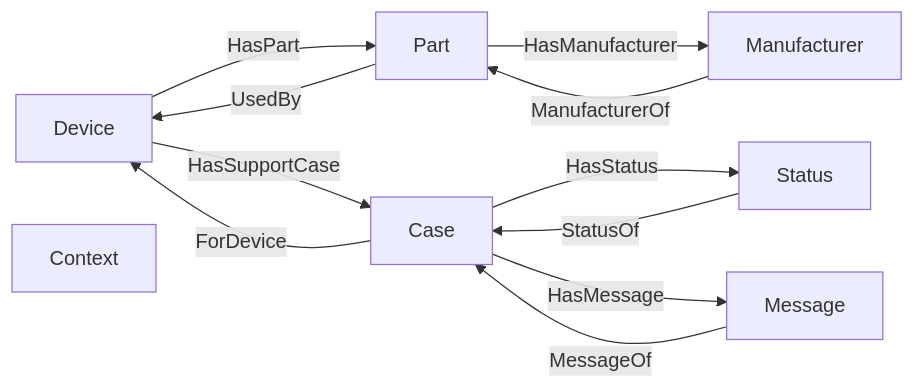
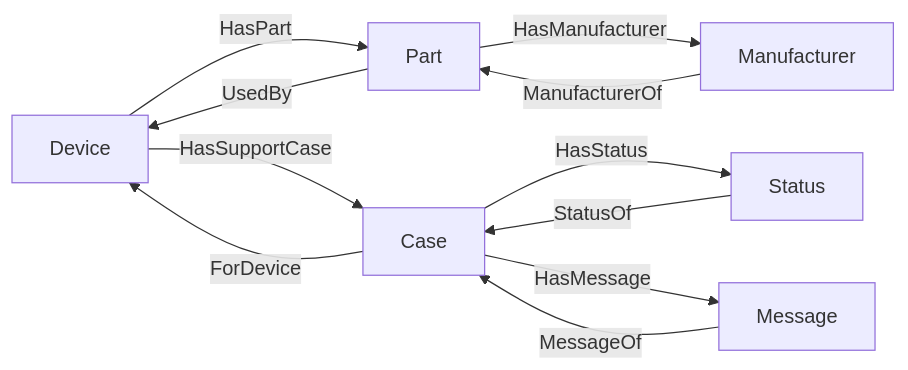
The diagram in README.md (curiosity-ai/technical-support), drawn with Mermaid before and after one commit. The commit also changed 13 other files, not shown here.

First line of the commit message:
Finish SupportChat removal: fix broken case-chat ref and drop orphaned backend

````diff
--- a/README.md
+++ b/README.md
@@ -85,28 +85,27 @@
 ```mermaid
 graph LR
 
     %% Nodes
     Device["Device"]
     Part["Part"]
     SupportCase["Case"]
     SupportCaseMessage["Message"]
-    SupportChatContext["Context"]
     Status["Status"]
     Manufacturer["Manufacturer"]
 
     Device -->|HasPart| Part
     Device -->|HasSupportCase| SupportCase
 
     Part -->|UsedBy| Device
     Part -->|HasManufacturer| Manufacturer
 
     SupportCase -->|ForDevice| Device
     SupportCase -->|HasStatus| Status
     SupportCase -->|HasMessage| SupportCaseMessage
 
     Status -->|StatusOf| SupportCase
 
     Manufacturer -->|ManufacturerOf| Part
 
     SupportCaseMessage -->|MessageOf| SupportCase
 ```
````
